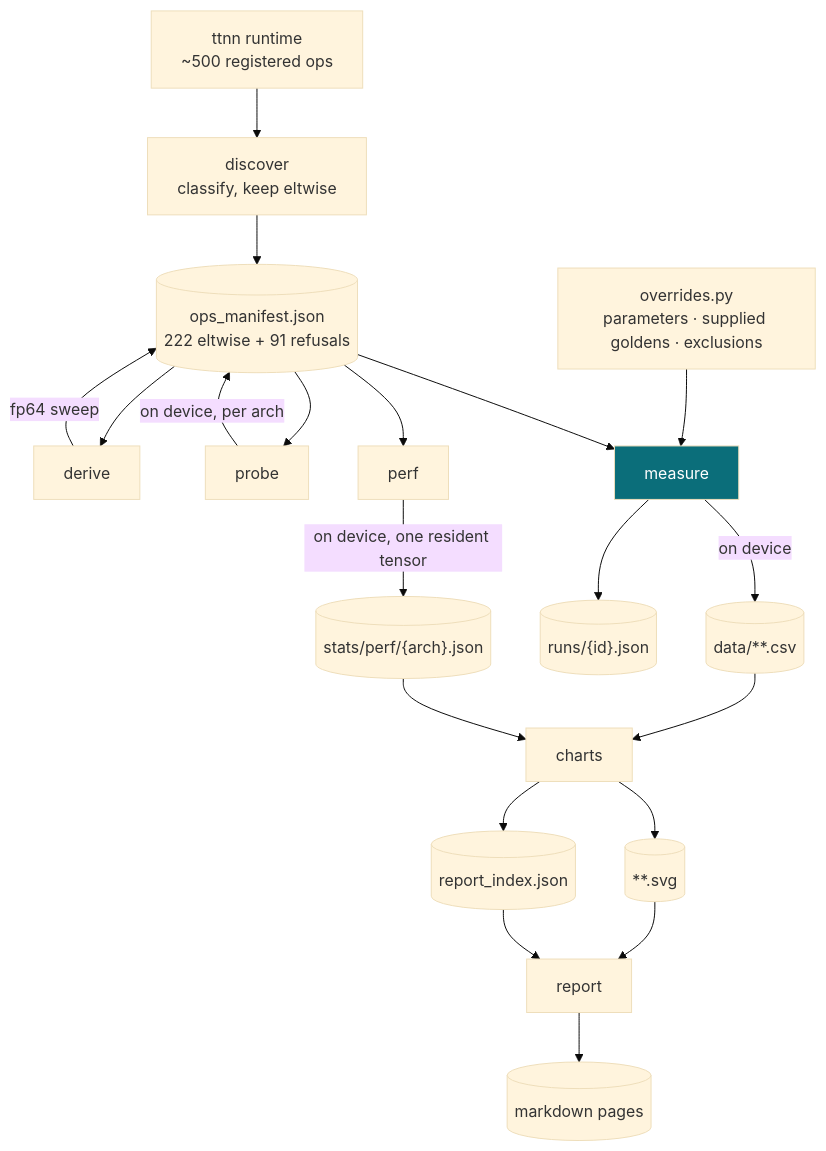
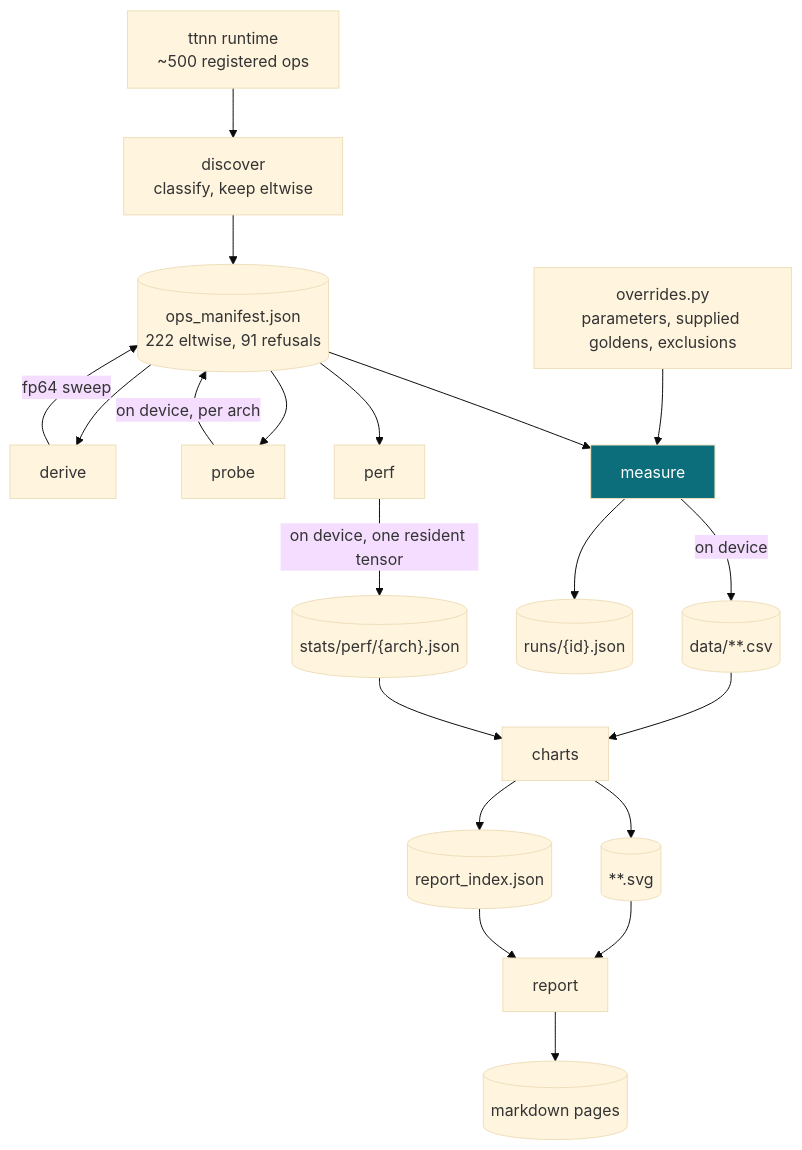
The second of 4 diagrams in docs/architecture.md (tenstorrent/tt-eltwise-accuracy-report), drawn with Mermaid (base theme) before and after one commit. The commit also changed other lines of this file and 8 other files, not shown here.

````diff
--- a/docs/architecture.md
+++ b/docs/architecture.md
@@ -55,28 +57,28 @@
 ```mermaid
 flowchart TD
     T["ttnn runtime<br/>~500 registered ops"] --> D1["discover<br/>classify, keep eltwise"]
-    D1 --> M1[("ops_manifest.json<br/>222 eltwise + 91 refusals")]
+    D1 --> M1[("ops_manifest.json<br/>222 eltwise, 91 refusals")]
     M1 --> D2["derive"]
     D2 -->|fp64 sweep| M1
     M1 --> D3["probe"]
     D3 -->|on device, per arch| M1
 
-    OVR["overrides.py<br/>parameters · supplied goldens · exclusions"] --> R1
+    OVR["overrides.py<br/>parameters, supplied goldens, exclusions"] --> R1
     M1 --> R1
 
     R1["measure"] -->|on device| CSV[("data/**.csv")]
     R1 --> PROV[("runs/{id}.json")]
 
     M1 --> R2["perf"]
     R2 -->|on device, one resident tensor| PRF[("stats/perf/{arch}.json")]
 
     CSV --> C1["charts"] --> SVG[("**.svg")]
     PRF --> C1
     C1 --> IDX[("report_index.json")]
 
     SVG --> P1["report"]
     IDX --> P1
     P1 --> MD[("markdown pages")]
 
     style R1 fill:#0b6e7a,color:#fff
 ```
````
